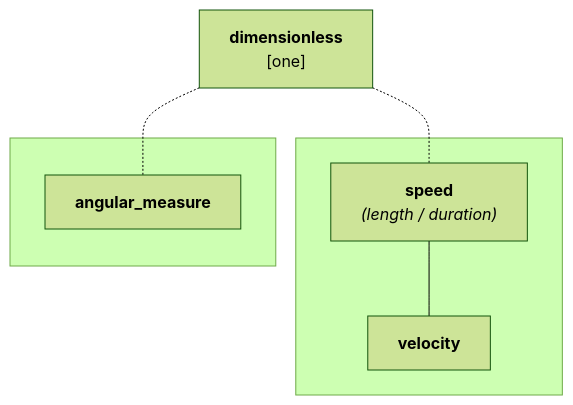
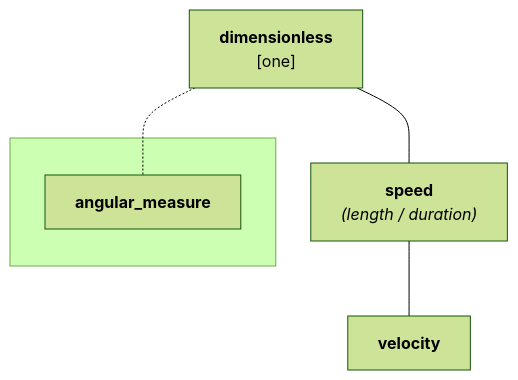
The fourth of 4 diagrams in docs/users_guide/systems/natural_units.md (mpusz/mp-units), drawn with Mermaid (forest theme) before and after one commit. The commit also changed other lines of this file and 83 other files, not shown here.

````diff
--- a/docs/users_guide/systems/natural_units.md
+++ b/docs/users_guide/systems/natural_units.md
@@ -103,13 +103,10 @@
 ```mermaid
 flowchart TD
     dimensionless["<b>dimensionless</b><br>[one]"]
-    dimensionless -.- speed
+    dimensionless --- speed["<b>speed</b><br><i>(length / duration)</i>"]
+    speed --- velocity["<b>velocity</b>"]
     dimensionless -.- angular_measure
-    subgraph kind_speed[" "]
-        speed["<b>speed</b><br><i>(length / duration)</i>"]
-        speed --- velocity["<b>velocity</b>"]
-    end
     subgraph kind_angular[" "]
         angular_measure["<b>angular_measure</b>"]
     end
 ```
````
